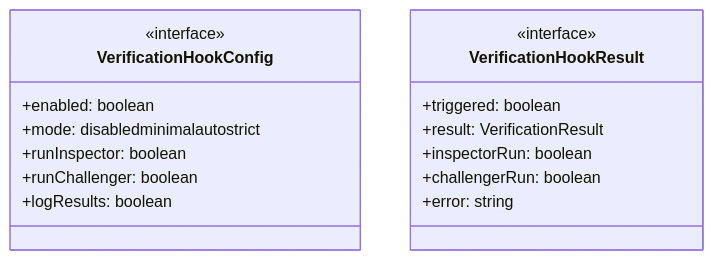
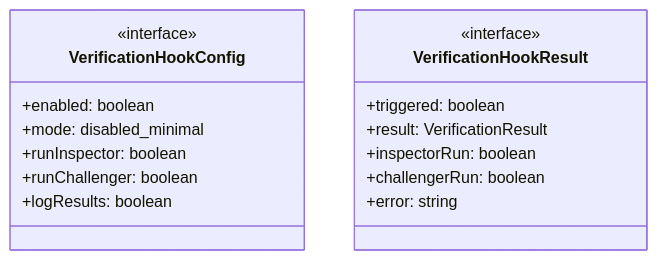
One commit to Mekann2904/mekann changed the first of 4 diagrams in ABDD/.pi/extensions/shared/verification-hooks.md. Above: the diagram before and after it, drawn with Mermaid. The commit also changed other lines of this file and 174 other files, not shown here.

First line of the commit message:
fix(docs): ABDDのMermaid図生成エラーを修正する

````diff
--- a/ABDD/.pi/extensions/shared/verification-hooks.md
+++ b/ABDD/.pi/extensions/shared/verification-hooks.md
@@ -39,19 +39,19 @@
 ```mermaid
 classDiagram
   class VerificationHookConfig {
     <<interface>>
     +enabled: boolean
-    +mode: disabledminimalautostrict
+    +mode: disabled_minimal
     +runInspector: boolean
     +runChallenger: boolean
     +logResults: boolean
   }
   class VerificationHookResult {
     <<interface>>
     +triggered: boolean
     +result: VerificationResult
     +inspectorRun: boolean
     +challengerRun: boolean
     +error: string
   }
 ```
````
